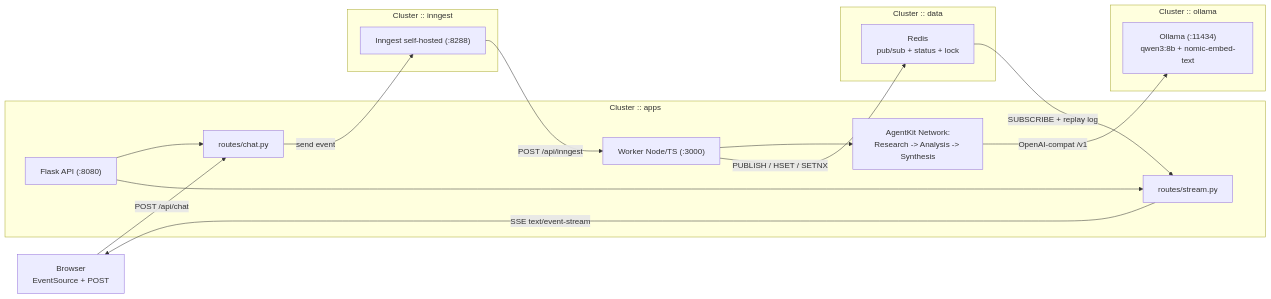
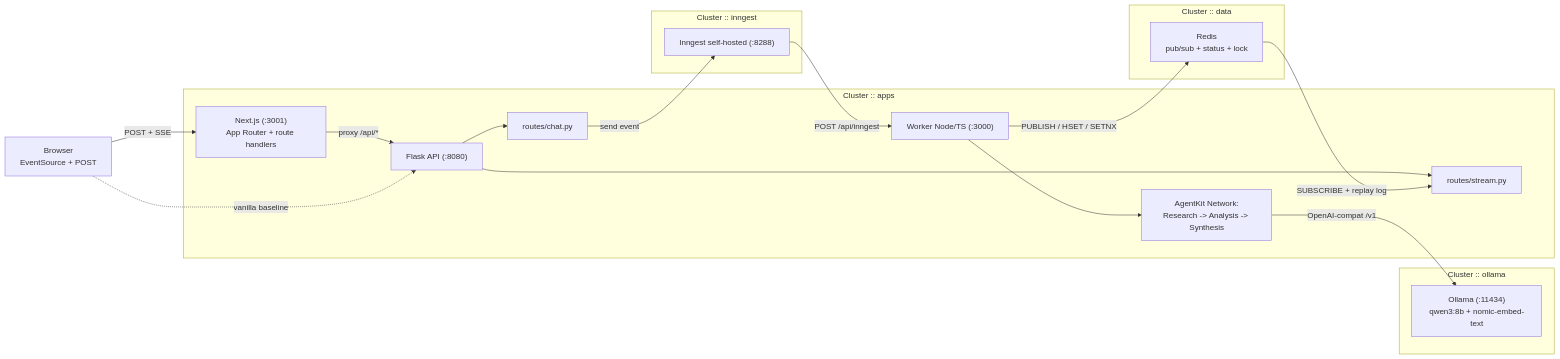
One commit to kasasa22/_llmBoilerGrow2025 changed the first of 3 diagrams in __README.MD. Above: the diagram before and after it, drawn with Mermaid. The commit also changed other lines of this file and 2 other files, not shown here.

Commit message:
docs: ADR-009 (Next.js frontend), README primary/baseline UI split, mermaid update, development timeline

````diff
--- a/__README.MD
+++ b/__README.MD
@@ -29,35 +30,37 @@
 ```mermaid
 flowchart LR
   browser["Browser<br/>EventSource + POST"]
 
   subgraph apps["Cluster :: apps"]
+    web["Next.js (:3001)<br/>App Router + route handlers"]
     flask["Flask API (:8080)"]
     chat_route["routes/chat.py"]
     stream_route["routes/stream.py"]
     worker["Worker Node/TS (:3000)"]
     network["AgentKit Network:<br/>Research -> Analysis -> Synthesis"]
     flask --> chat_route
     flask --> stream_route
     worker --> network
   end
 
   subgraph inngest_ns["Cluster :: inngest"]
     inngest["Inngest self-hosted (:8288)"]
   end
 
   subgraph data["Cluster :: data"]
     redis["Redis<br/>pub/sub + status + lock"]
   end
 
   subgraph ollama_ns["Cluster :: ollama"]
     ollama["Ollama (:11434)<br/>qwen3:8b + nomic-embed-text"]
   end
 
-  browser -->|"POST /api/chat"| chat_route
-  stream_route -->|"SSE text/event-stream"| browser
+  browser -->|"POST + SSE"| web
+  web -->|"proxy /api/*"| flask
+  browser -.->|"vanilla baseline"| flask
   chat_route -->|"send event"| inngest
   inngest -->|"POST /api/inngest"| worker
   network -->|"OpenAI-compat /v1"| ollama
   worker -->|"PUBLISH / HSET / SETNX"| redis
   redis -->|"SUBSCRIBE + replay log"| stream_route
 ```
````
